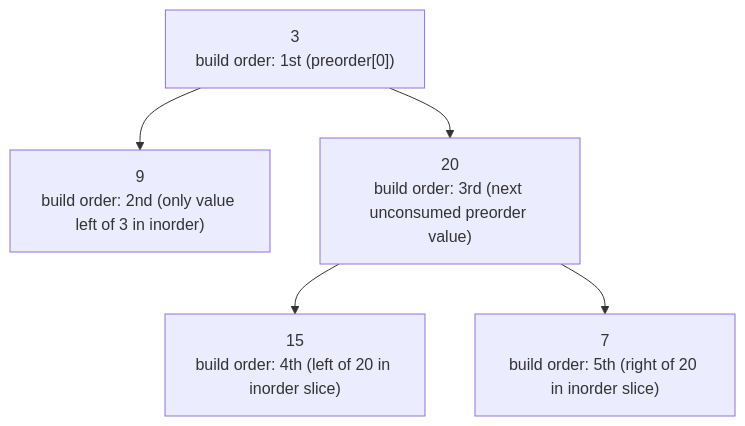
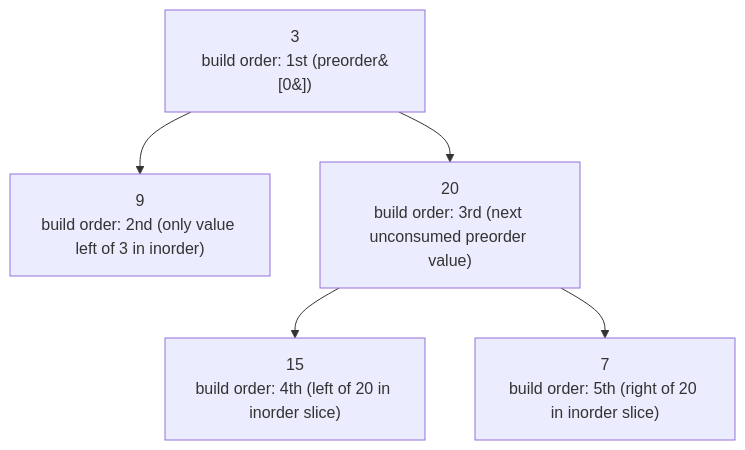
Before and after one commit to Aryan-Jadon18/dsa-placement-prep: the diagram in topics/07-trees/09-construct-binary-tree-from-preorder-and-inorder-traversal/README.md, drawn with Mermaid. The commit also changed 52 other files, not shown here.

First line of the commit message:
Fix Mermaid diagrams not rendering on GitHub

````diff
--- a/topics/07-trees/09-construct-binary-tree-from-preorder-and-inorder-traversal/README.md
+++ b/topics/07-trees/09-construct-binary-tree-from-preorder-and-inorder-traversal/README.md
@@ -84,7 +84,7 @@
 ```mermaid
 graph TD
-    A["3<br/>build order: 1st (preorder[0])"] --> B["9<br/>build order: 2nd (only value left of 3 in inorder)"]
+    A["3<br/>build order: 1st (preorder&#91;0&#93;)"] --> B["9<br/>build order: 2nd (only value left of 3 in inorder)"]
     A --> C["20<br/>build order: 3rd (next unconsumed preorder value)"]
     C --> D["15<br/>build order: 4th (left of 20 in inorder slice)"]
     C --> E["7<br/>build order: 5th (right of 20 in inorder slice)"]
 ```
````
